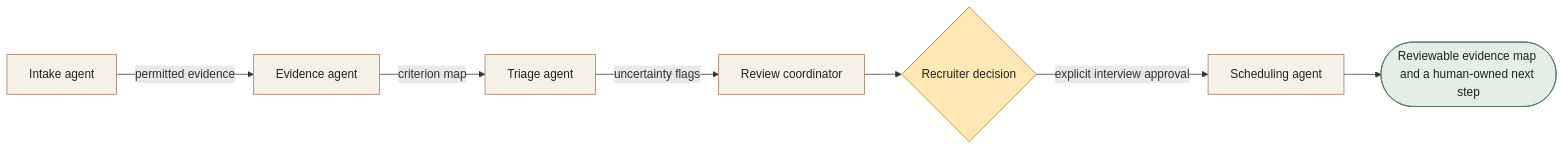
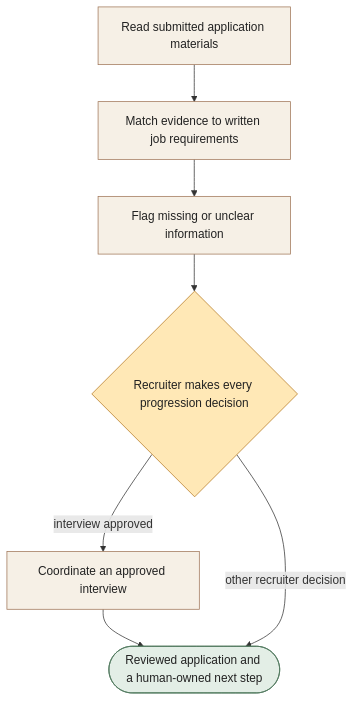
The diagram in docs/workflows/recruitment-screening.md (dextee/claude-code-agent-team-guide), drawn with Mermaid before and after one commit. The commit also changed other lines of this file and 28 other files, not shown here.

````diff
--- a/docs/workflows/recruitment-screening.md
+++ b/docs/workflows/recruitment-screening.md
@@ -21,22 +25,21 @@
 ```mermaid
-flowchart LR
-A["Intake agent"]
-B["Evidence agent"]
-C["Triage agent"]
-D["Review coordinator"]
-E["Scheduling agent"]
-H{"Recruiter decision"}
-O(["Reviewable evidence map and a human-owned next step"])
-A -->|permitted evidence| B
-B -->|criterion map| C
-C -->|uncertainty flags| D
-D --> H
-H -->|explicit interview approval| E
-E --> O
-classDef agent fill:#f6f0e6,stroke:#9f7557,color:#222222
+flowchart TD
+A["Read submitted application materials"]
+B["Match evidence to written job requirements"]
+C["Flag missing or unclear information"]
+H{"Recruiter makes every progression decision"}
+D["Coordinate an approved interview"]
+O(["Reviewed application and a human-owned next step"])
+A --> B
+B --> C
+C --> H
+H -->|interview approved| D
+D --> O
+H -->|other recruiter decision| O
+classDef assistant fill:#f6f0e6,stroke:#9f7557,color:#222222
 classDef human fill:#ffe8b6,stroke:#b57821,color:#222222
 classDef outcome fill:#e3eee6,stroke:#4e775c,color:#222222
-class A,B,C,D,E agent
+class A,B,C,D assistant
 class H human
 class O outcome
 ```
````
